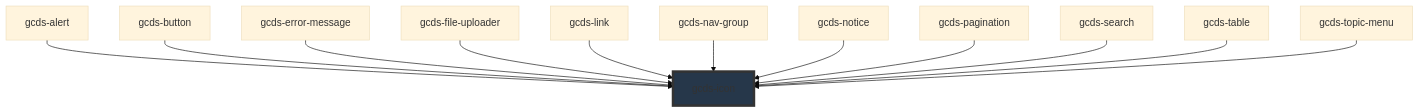
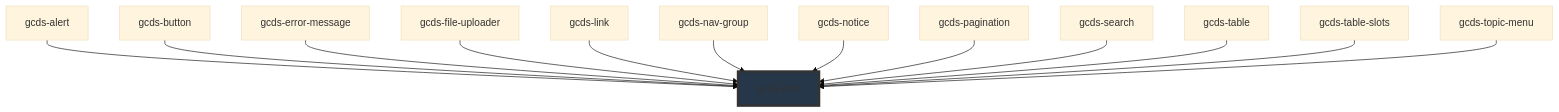
One commit to cds-snc/gcds-components changed the diagram in packages/web/src/components/gcds-icon/readme.md. Above: the diagram before and after it, drawn with Mermaid (base theme). The commit also changed other lines of this file and 29 other files, not shown here.

Commit message:
Add gcds-table-slots for testing use of slots

````diff
--- a/packages/web/src/components/gcds-icon/readme.md
+++ b/packages/web/src/components/gcds-icon/readme.md
@@ -40,15 +41,16 @@
 ```mermaid
 graph TD;
   gcds-alert --> gcds-icon
   gcds-button --> gcds-icon
   gcds-error-message --> gcds-icon
   gcds-file-uploader --> gcds-icon
   gcds-link --> gcds-icon
   gcds-nav-group --> gcds-icon
   gcds-notice --> gcds-icon
   gcds-pagination --> gcds-icon
   gcds-search --> gcds-icon
   gcds-table --> gcds-icon
+  gcds-table-slots --> gcds-icon
   gcds-topic-menu --> gcds-icon
   style gcds-icon fill:#26374a,stroke:#333,stroke-width:4px
 ```
````
